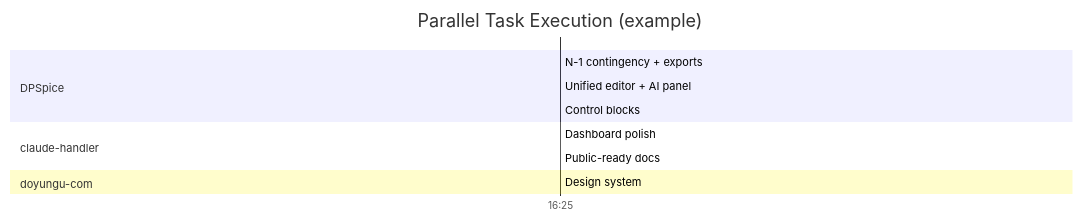
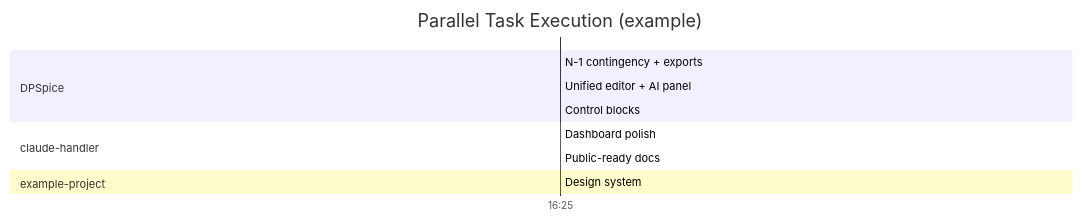
One commit to doyun-gu/claude-handler changed the fifth of 9 diagrams in README.md. Above: the diagram before and after it, drawn with Mermaid. The commit also changed 3 other files, not shown here.

````diff
--- a/README.md
+++ b/README.md
@@ -131,18 +131,18 @@
 ```mermaid
 gantt
     title Parallel Task Execution (example)
     dateFormat HH:mm
     axisFormat %H:%M
 
     section DPSpice
         N-1 contingency + exports    :active, dp1, 16:25, 60min
         Unified editor + AI panel    :dp2, after dp1, 45min
         Control blocks               :dp3, after dp2, 60min
 
     section claude-handler
         Dashboard polish             :ch1, 16:25, 20min
         Public-ready docs            :ch2, after ch1, 15min
 
-    section doyungu-com
+    section example-project
         Design system                :dy1, 16:25, 15min
 ```
````
